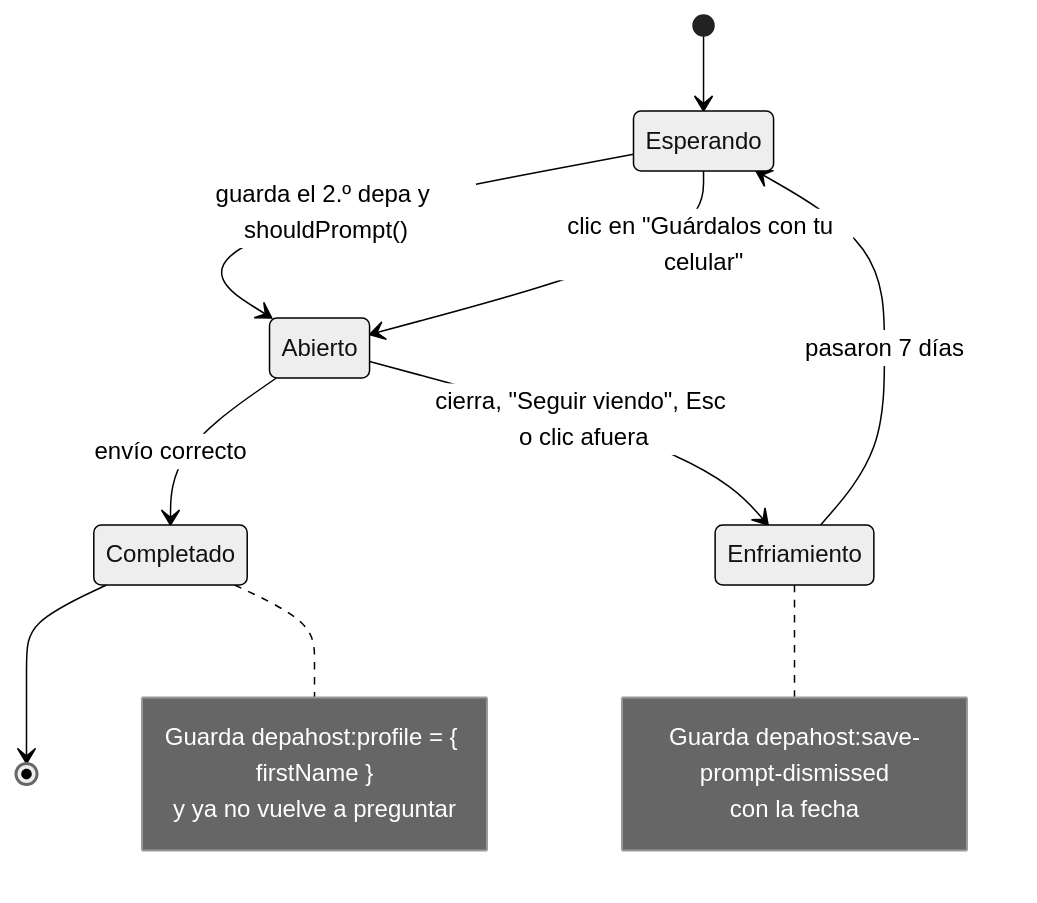
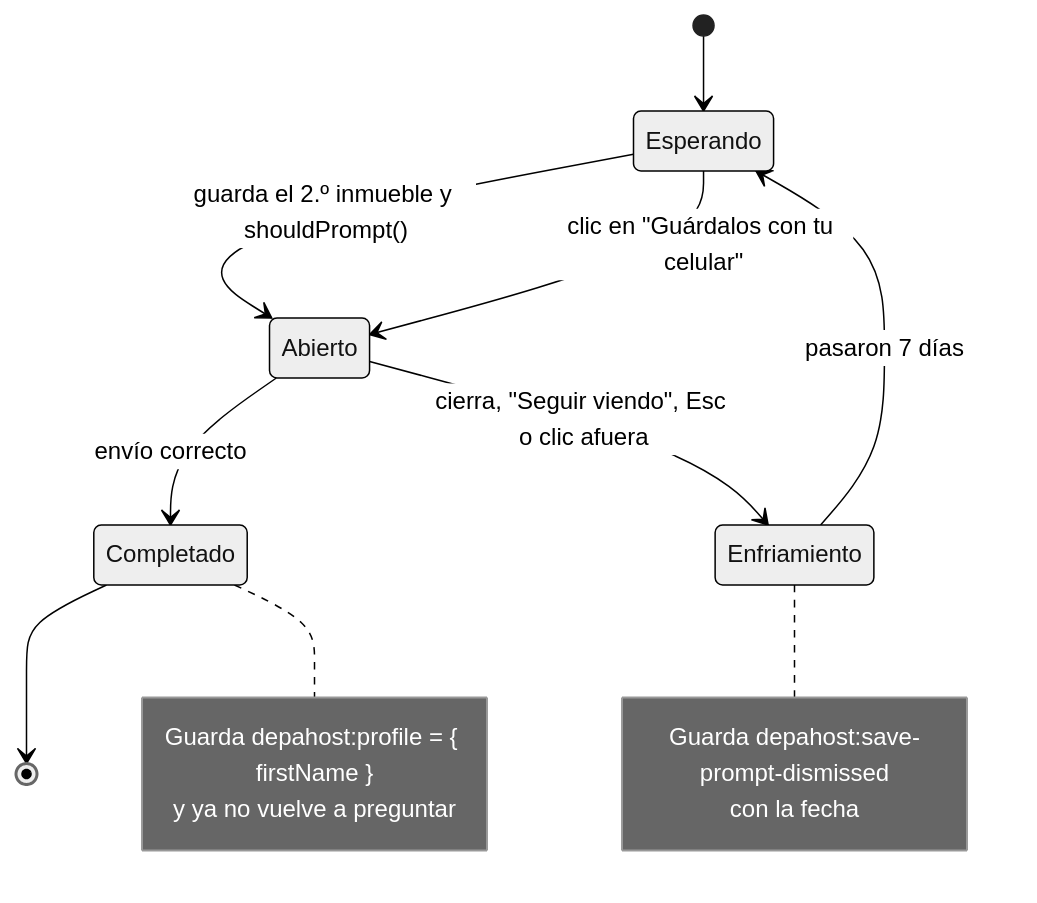
One commit to samirharrytl/DHC_landing changed the seventh of 18 diagrams in docs/plataforma/05-flujos.md. Above: the diagram before and after it, drawn with Mermaid (neutral theme). The commit also changed other lines of this file and 72 other files, not shown here.

````diff
--- a/docs/plataforma/05-flujos.md
+++ b/docs/plataforma/05-flujos.md
@@ -265,19 +265,19 @@
 ```mermaid
 stateDiagram-v2
     [*] --> Esperando
-    Esperando --> Abierto : guarda el 2.º depa y shouldPrompt()
+    Esperando --> Abierto : guarda el 2.º inmueble y shouldPrompt()
     Esperando --> Abierto : clic en "Guárdalos con tu celular"
     Abierto --> Enfriamiento : cierra, "Seguir viendo", Esc o clic afuera
     Abierto --> Completado : envío correcto
     Enfriamiento --> Esperando : pasaron 7 días
     Completado --> [*]
 
     note right of Enfriamiento
         Guarda depahost:save-prompt-dismissed
         con la fecha
     end note
     note right of Completado
         Guarda depahost:profile = { firstName }
         y ya no vuelve a preguntar
     end note
 ```
````
